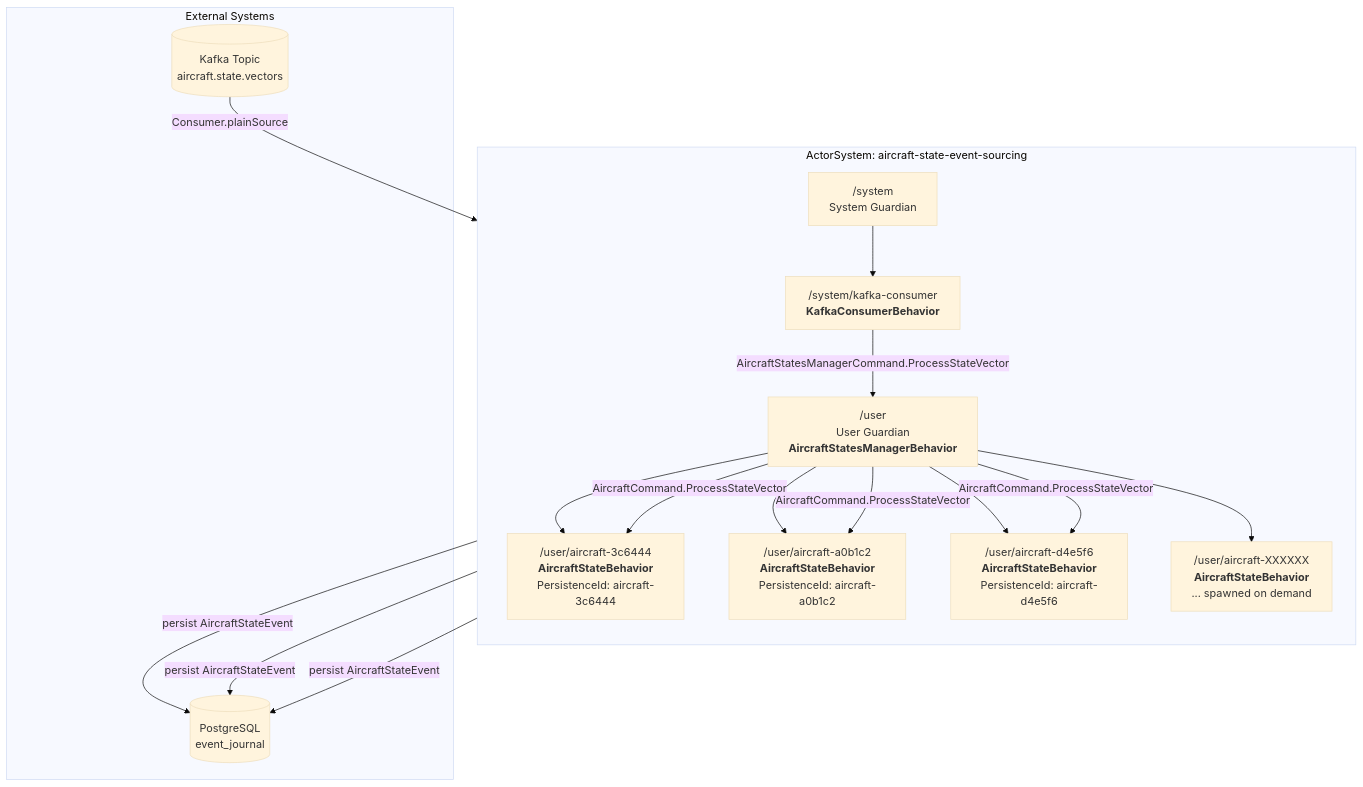
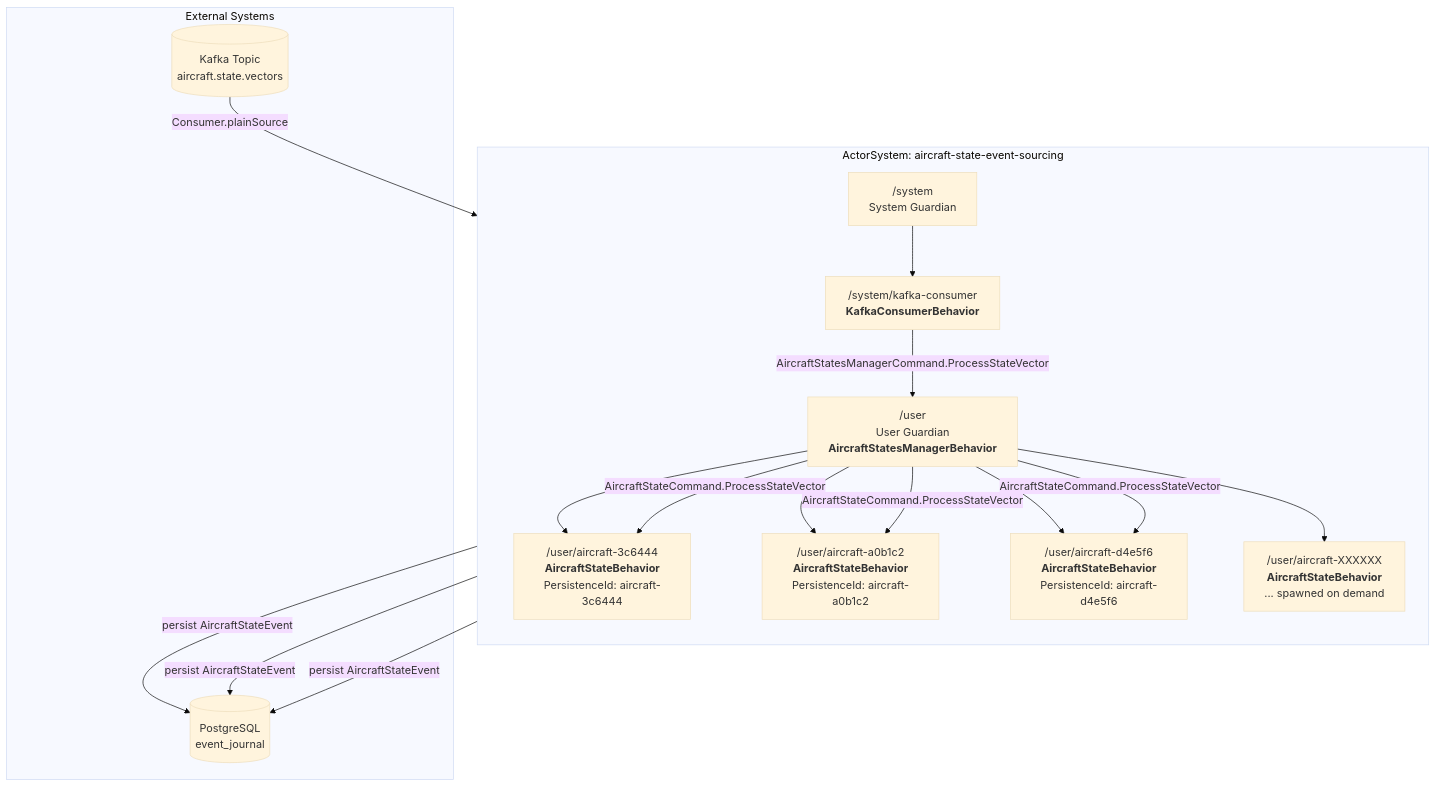
One commit to AffanHasan/aviation changed the diagram in aircraft-state-event-sourcing/README.md. Above: the diagram before and after it, drawn with Mermaid (base theme). The commit also changed other lines of this file and 44 other files, not shown here.

````diff
--- a/aircraft-state-event-sourcing/README.md
+++ b/aircraft-state-event-sourcing/README.md
@@ -66,30 +66,30 @@
 ```mermaid
 graph TD
     subgraph "ActorSystem: aircraft-state-event-sourcing"
         direction TB
         SYS["/system<br/>System Guardian"]
         USER["/user<br/>User Guardian<br/><b>AircraftStatesManagerBehavior</b>"]
 
         SYS --> KAFKA["/system/kafka-consumer<br/><b>KafkaConsumerBehavior</b>"]
 
         USER --> AC1["/user/aircraft-3c6444<br/><b>AircraftStateBehavior</b><br/>PersistenceId: aircraft-3c6444"]
         USER --> AC2["/user/aircraft-a0b1c2<br/><b>AircraftStateBehavior</b><br/>PersistenceId: aircraft-a0b1c2"]
         USER --> AC3["/user/aircraft-d4e5f6<br/><b>AircraftStateBehavior</b><br/>PersistenceId: aircraft-d4e5f6"]
         USER --> ACN["/user/aircraft-XXXXXX<br/><b>AircraftStateBehavior</b><br/>... spawned on demand"]
     end
 
     KAFKA -->|AircraftStatesManagerCommand.ProcessStateVector| USER
-    USER -->|AircraftCommand.ProcessStateVector| AC1
-    USER -->|AircraftCommand.ProcessStateVector| AC2
-    USER -->|AircraftCommand.ProcessStateVector| AC3
+    USER -->|AircraftStateCommand.ProcessStateVector| AC1
+    USER -->|AircraftStateCommand.ProcessStateVector| AC2
+    USER -->|AircraftStateCommand.ProcessStateVector| AC3
 
     subgraph "External Systems"
         KAFKATOPIC[(Kafka Topic<br/>aircraft.state.vectors)]
         POSTGRES[(PostgreSQL<br/>event_journal)]
     end
 
     KAFKATOPIC -->|Consumer.plainSource| KAFKA
     AC1 -->|persist AircraftStateEvent| POSTGRES
     AC2 -->|persist AircraftStateEvent| POSTGRES
     AC3 -->|persist AircraftStateEvent| POSTGRES
 ```
````
